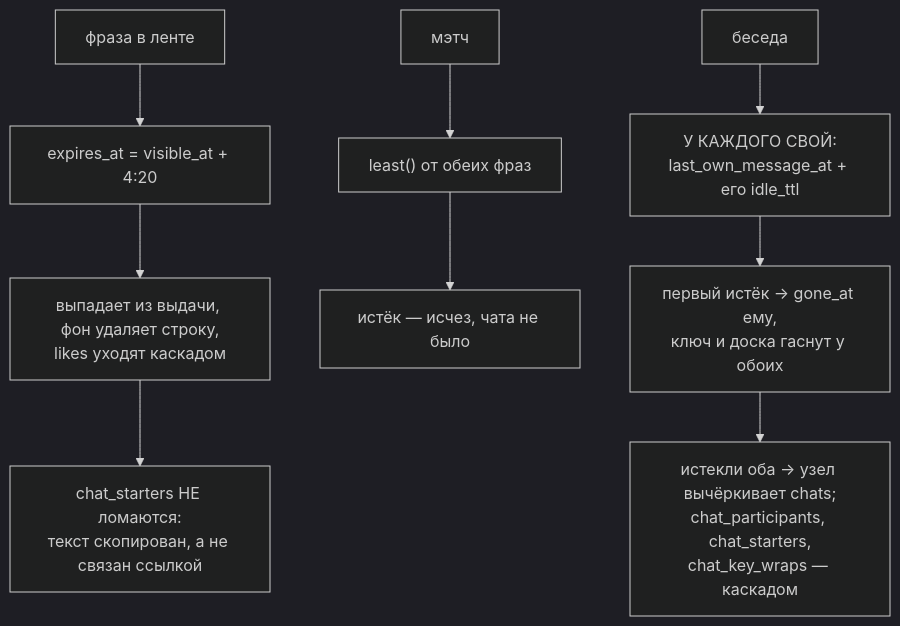
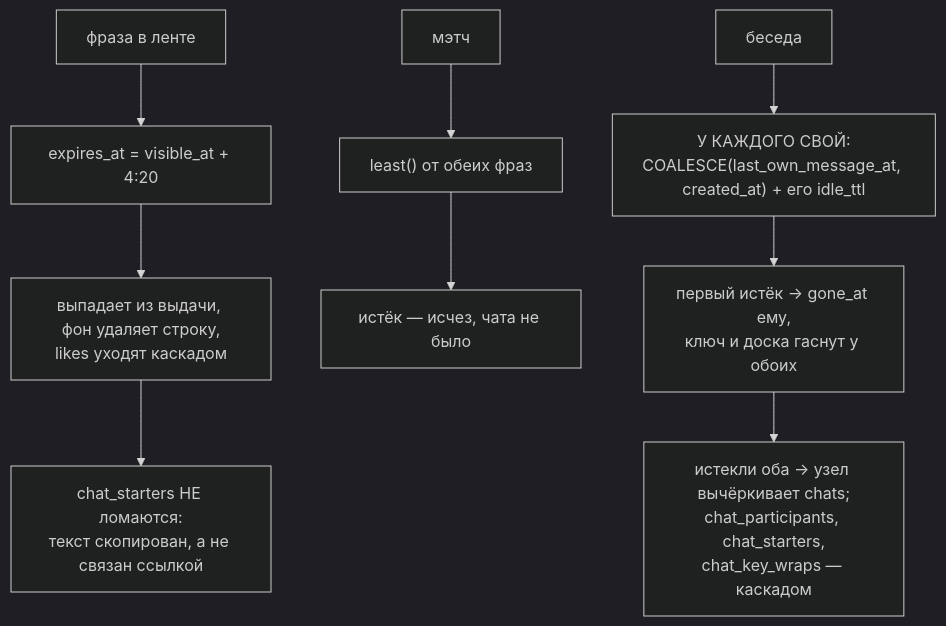
Diagram 27 of 30 in docs/chat-flows_RU.md (panov-id/xor.ad), drawn with Mermaid (dark theme) before and after one commit. The commit also changed other lines of this file and 15 other files, not shown here.

First line of the commit message:
Hold table sends only while own items are in checking, make the verdict one transaction, write the send-time SQL and author indexes, count a silent span from the chat's creation everywhere, tighten the offer complaint wording, lift the away label by message or move, and add the missing tests

````diff
--- a/docs/chat-flows_RU.md
+++ b/docs/chat-flows_RU.md
@@ -884,11 +884,11 @@
 ```mermaid
 flowchart TD
   feed["фраза в ленте"] --> f1["expires_at = visible_at + 4:20"]
   f1 --> f2["выпадает из выдачи, фон удаляет строку,<br/>likes уходят каскадом"]
   f2 --> f3["chat_starters НЕ ломаются:<br/>текст скопирован, а не связан ссылкой"]
   match["мэтч"] --> m1["least#40;#41; от обеих фраз"]
   m1 --> m2["истёк — исчез, чата не было"]
-  chat["беседа"] --> c1["У КАЖДОГО СВОЙ:<br/>last_own_message_at + его idle_ttl"]
+  chat["беседа"] --> c1["У КАЖДОГО СВОЙ:<br/>COALESCE(last_own_message_at, created_at) + его idle_ttl"]
   c1 --> c2["первый истёк → gone_at ему,<br/>ключ и доска гаснут у обоих"]
   c2 --> c3["истекли оба → узел вычёркивает chats;<br/>chat_participants, chat_starters,<br/>chat_key_wraps — каскадом"]
 ```
````
